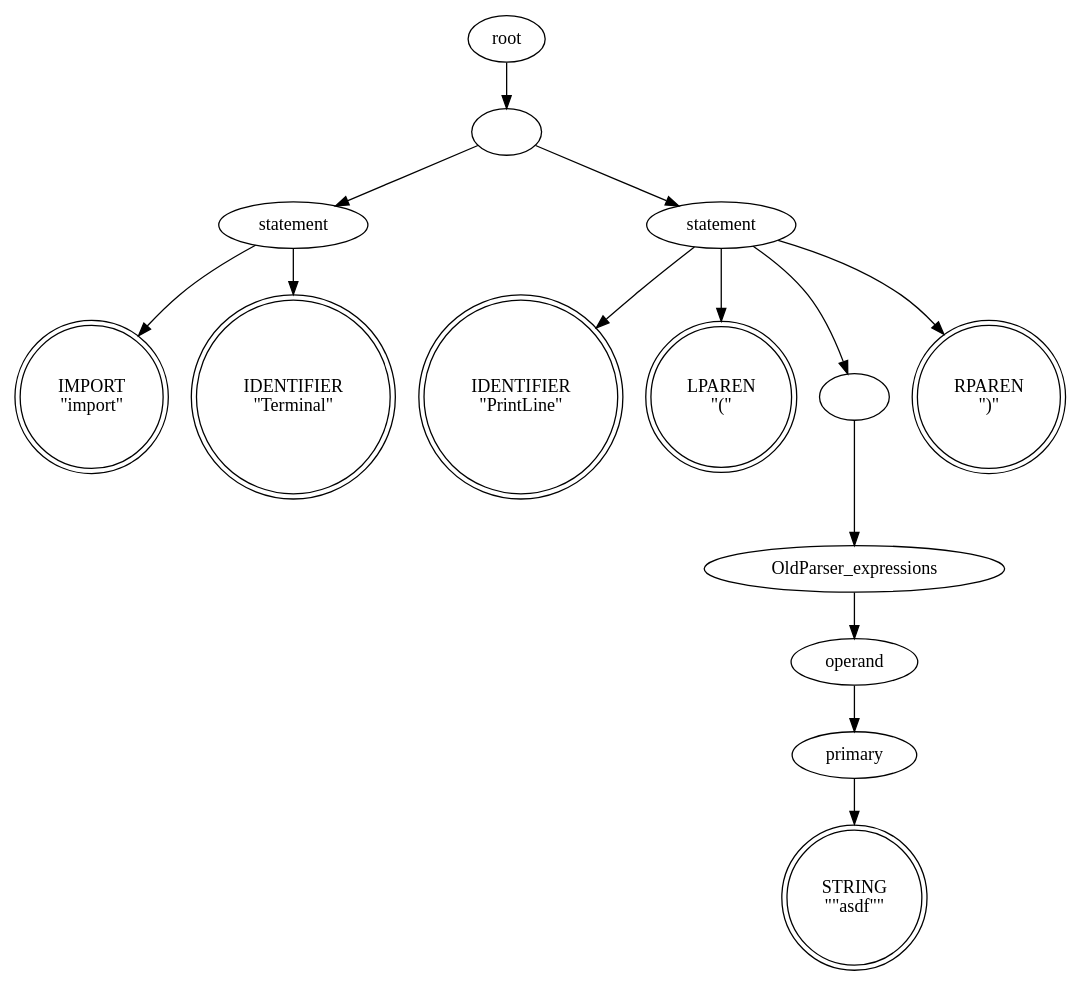
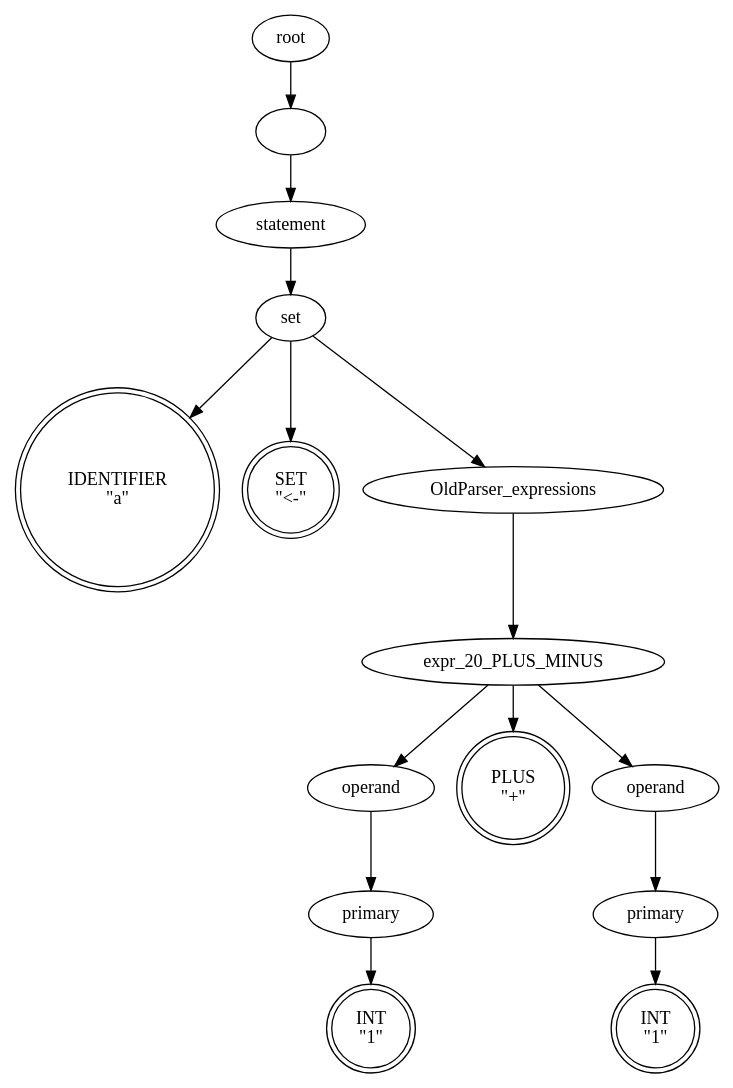
Before and after one commit to lijiajunply/Old8Lang: the diagram in Old8Lang/Ex/tree_By_init.dot, drawn with Graphviz. The commit also changed 42 other files, not shown here.

```diff
--- a/Old8Lang/Ex/tree_By_init.dot
+++ b/Old8Lang/Ex/tree_By_init.dot
@@ -1,43 +1,46 @@
 digraph syntaxtree {
-0 [  label="IMPORT
-\"import\"" shape=doublecircle height=0.50]
-1 [  label="IDENTIFIER
-\"Terminal\"" shape=doublecircle height=0.50]
-2 [  label="statement" shape=ellipse fontcolor=black height=0.50]
-2 [  label="statement" shape=ellipse fontcolor=black height=0.50]
-3 [  label="IDENTIFIER
-\"PrintLine\"" shape=doublecircle height=0.50]
-4 [  label="LPAREN
-\"(\"" shape=doublecircle height=0.50]
-5 [  label="STRING
-\"\"asdf\"\"" shape=doublecircle height=0.50]
-6 [  label="primary" shape=ellipse fontcolor=black height=0.50]
-6 [  label="primary" shape=ellipse fontcolor=black height=0.50]
-7 [  label="operand" shape=ellipse fontcolor=black height=0.50]
-7 [  label="operand" shape=ellipse fontcolor=black height=0.50]
-8 [  label="OldParser_expressions" shape=ellipse fontcolor=black height=0.50]
-8 [  label="OldParser_expressions" shape=ellipse fontcolor=black height=0.50]
-9 [  label="" shape=ellipse fontcolor=black height=0.50]
-9 [  label="" shape=ellipse fontcolor=black height=0.50]
-10 [  label="RPAREN
-\")\"" shape=doublecircle height=0.50]
-11 [  label="statement" shape=ellipse fontcolor=black height=0.50]
-11 [  label="statement" shape=ellipse fontcolor=black height=0.50]
-12 [  label="" shape=ellipse fontcolor=black height=0.50]
-12 [  label="" shape=ellipse fontcolor=black height=0.50]
-13 [  label="root" shape=ellipse fontcolor=black height=0.50]
-13 [  label="root" shape=ellipse fontcolor=black height=0.50]
-2->0 [  arrowshape=none];
-2->1 [  arrowshape=none];
-6->5 [  arrowshape=none];
+0 [  label="IDENTIFIER
+\"a\"" shape=doublecircle height=0.50]
+1 [  label="SET
+\"<-\"" shape=doublecircle height=0.50]
+2 [  label="INT
+\"1\"" shape=doublecircle height=0.50]
+3 [  label="primary" shape=ellipse fontcolor=black height=0.50]
+3 [  label="primary" shape=ellipse fontcolor=black height=0.50]
+4 [  label="operand" shape=ellipse fontcolor=black height=0.50]
+4 [  label="operand" shape=ellipse fontcolor=black height=0.50]
+5 [  label="PLUS
+\"+\"" shape=doublecircle height=0.50]
+6 [  label="INT
+\"1\"" shape=doublecircle height=0.50]
+7 [  label="primary" shape=ellipse fontcolor=black height=0.50]
+7 [  label="primary" shape=ellipse fontcolor=black height=0.50]
+8 [  label="operand" shape=ellipse fontcolor=black height=0.50]
+8 [  label="operand" shape=ellipse fontcolor=black height=0.50]
+9 [  label="expr_20_PLUS_MINUS" shape=ellipse fontcolor=black height=0.50]
+9 [  label="expr_20_PLUS_MINUS" shape=ellipse fontcolor=black height=0.50]
+10 [  label="OldParser_expressions" shape=ellipse fontcolor=black height=0.50]
+10 [  label="OldParser_expressions" shape=ellipse fontcolor=black height=0.50]
+11 [  label="set" shape=ellipse fontcolor=black height=0.50]
+11 [  label="set" shape=ellipse fontcolor=black height=0.50]
+12 [  label="statement" shape=ellipse fontcolor=black height=0.50]
+12 [  label="statement" shape=ellipse fontcolor=black height=0.50]
+13 [  label="" shape=ellipse fontcolor=black height=0.50]
+13 [  label="" shape=ellipse fontcolor=black height=0.50]
+14 [  label="root" shape=ellipse fontcolor=black height=0.50]
+14 [  label="root" shape=ellipse fontcolor=black height=0.50]
+3->2 [  arrowshape=none];
+4->3 [  arrowshape=none];
 7->6 [  arrowshape=none];
 8->7 [  arrowshape=none];
+9->4 [  arrowshape=none];
+9->5 [  arrowshape=none];
 9->8 [  arrowshape=none];
-11->3 [  arrowshape=none];
-11->4 [  arrowshape=none];
-11->9 [  arrowshape=none];
+10->9 [  arrowshape=none];
+11->0 [  arrowshape=none];
+11->1 [  arrowshape=none];
 11->10 [  arrowshape=none];
-12->2 [  arrowshape=none];
 12->11 [  arrowshape=none];
 13->12 [  arrowshape=none];
+14->13 [  arrowshape=none];
 }
```
